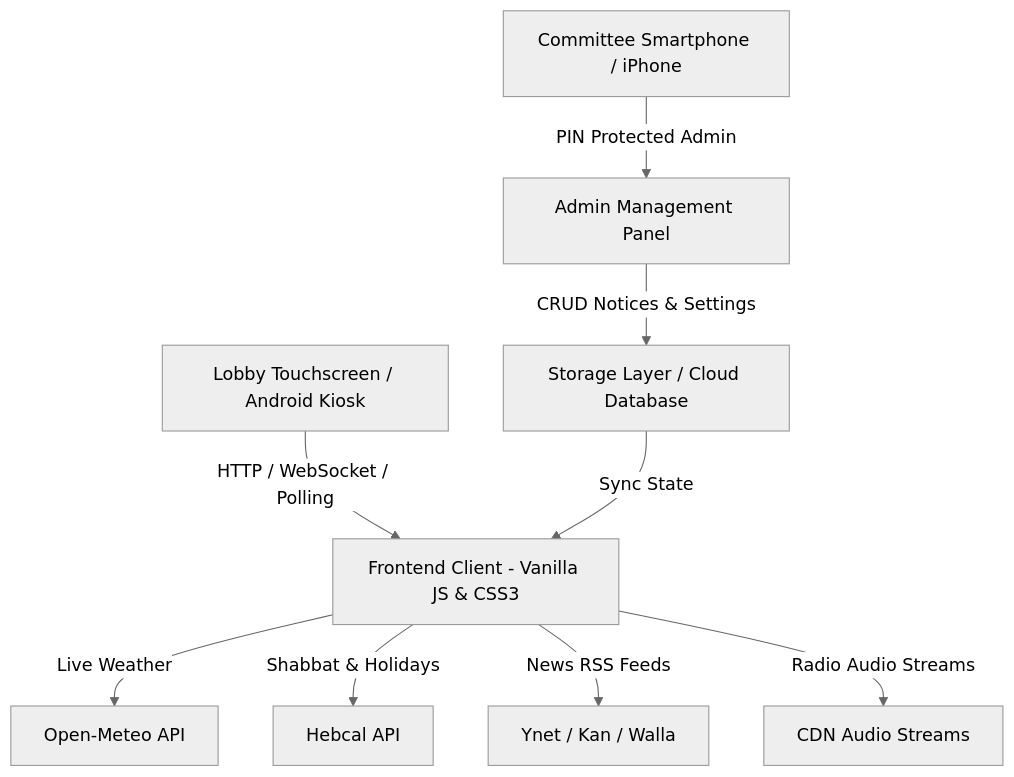
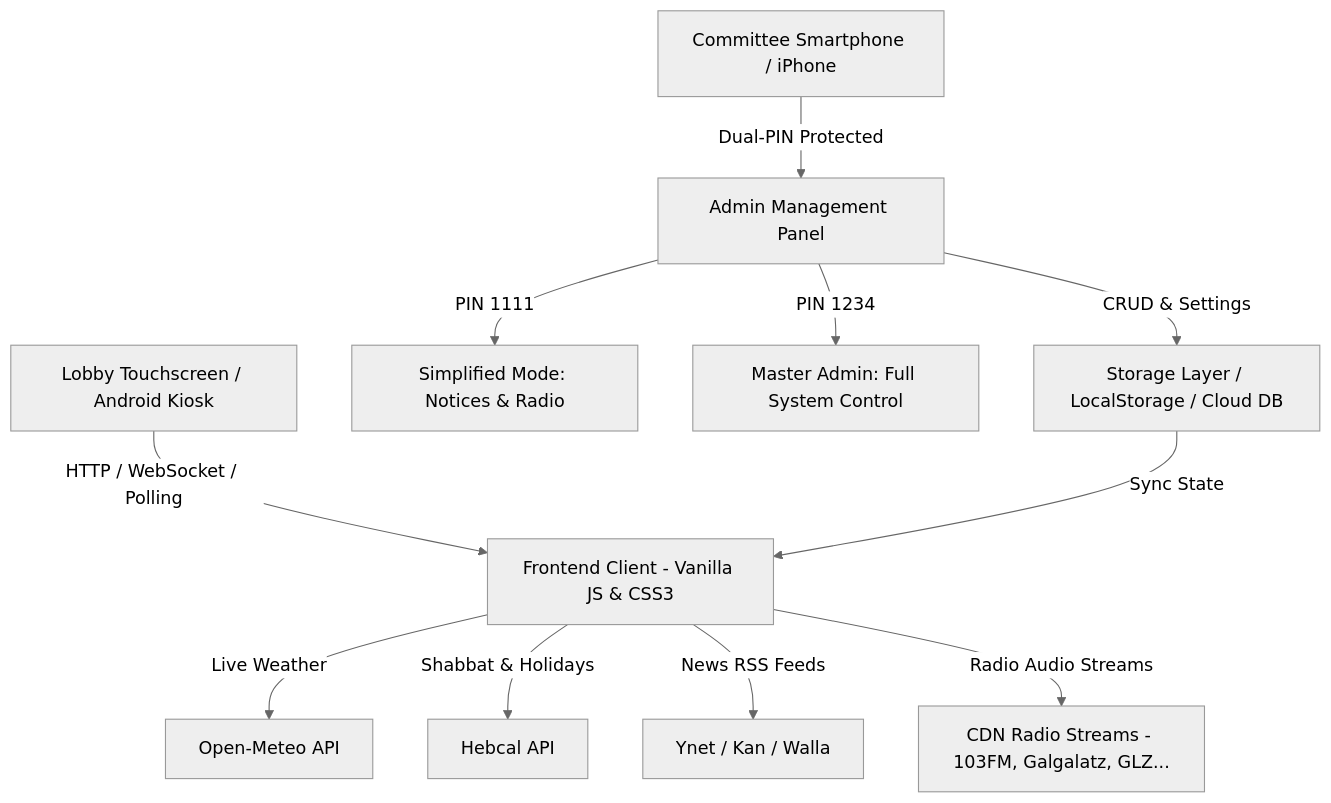
The diagram in README.md (omerninyo/smart-lobby), drawn with Mermaid (neutral theme) before and after one commit. The commit also changed other lines of this file, not shown here.

````diff
--- a/README.md
+++ b/README.md
@@ -73,12 +90,14 @@
 ```mermaid
 graph TD
     A[Lobby Touchscreen / Android Kiosk] -->|HTTP / WebSocket / Polling| B[Frontend Client - Vanilla JS & CSS3]
     B -->|Live Weather| C[Open-Meteo API]
     B -->|Shabbat & Holidays| D[Hebcal API]
     B -->|News RSS Feeds| E[Ynet / Kan / Walla]
-    B -->|Radio Audio Streams| F[CDN Audio Streams]
+    B -->|Radio Audio Streams| F[CDN Radio Streams - 103FM, Galgalatz, GLZ...]
     
-    G[Committee Smartphone / iPhone] -->|PIN Protected Admin| H[Admin Management Panel]
-    H -->|CRUD Notices & Settings| I[Storage Layer / Cloud Database]
+    G[Committee Smartphone / iPhone] -->|Dual-PIN Protected| H[Admin Management Panel]
+    H -->|PIN 1111| H1[Simplified Mode: Notices & Radio]
+    H -->|PIN 1234| H2[Master Admin: Full System Control]
+    H -->|CRUD & Settings| I[Storage Layer / LocalStorage / Cloud DB]
     I -->|Sync State| B
 ```
````
